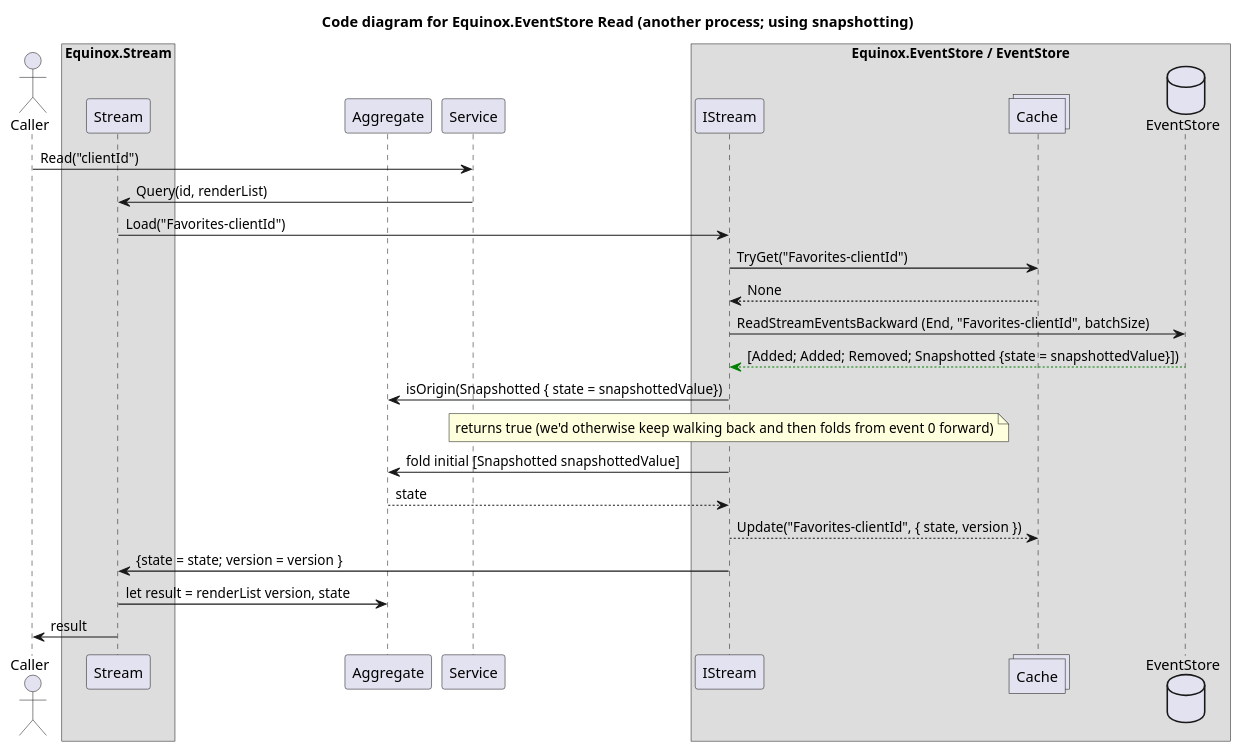
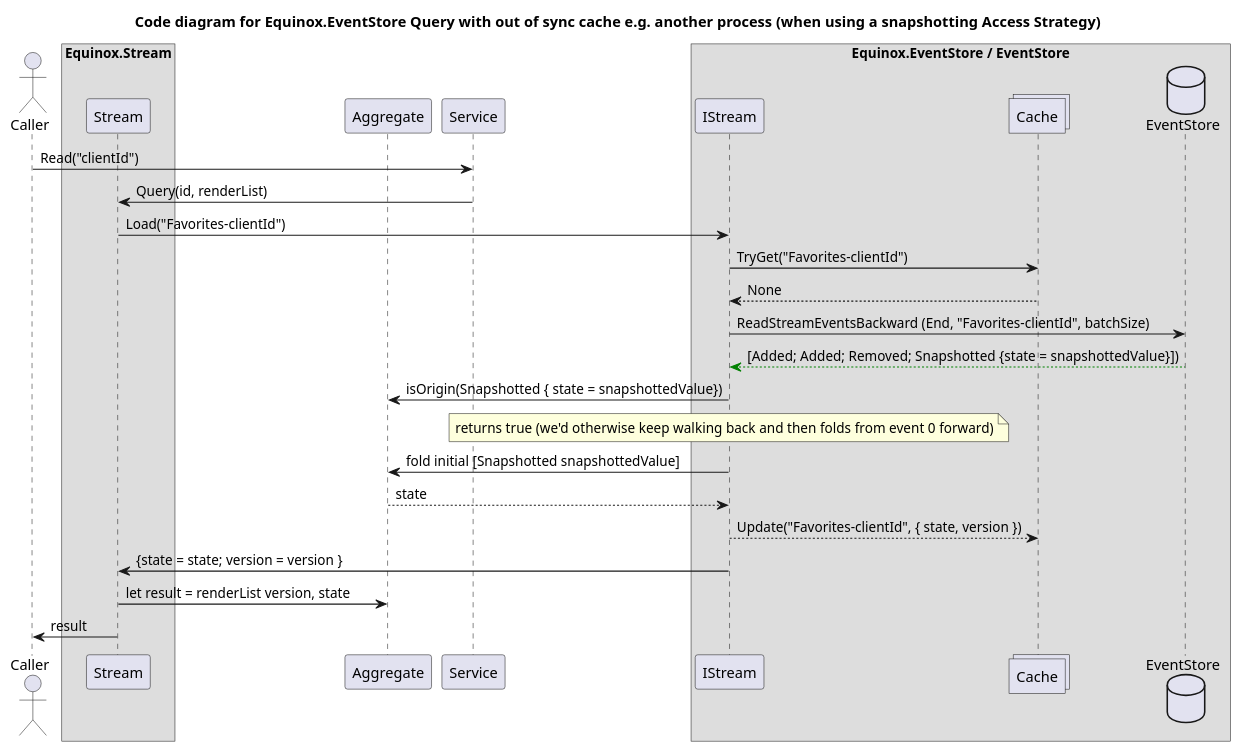
One commit to jet/equinox changed the fourth of 4 diagrams in diagrams/EventStoreCode.puml. Above: the diagram before and after it, drawn with PlantUML. The commit also changed other lines of this file and 2 other files, not shown here.

Commit message:
Fix code diagram titles

```diff
--- a/diagrams/EventStoreCode.puml
+++ b/diagrams/EventStoreCode.puml
@@ -130,34 +130,34 @@
 @startuml
-title Code diagram for Equinox.EventStore Read (another process; using snapshotting)
+title Code diagram for Equinox.EventStore Query with out of sync cache e.g. another process (when using a snapshotting Access Strategy)
 
 actor Caller order 20
 box "Equinox.Stream"
     participant Stream order 40
 end box
 participant Aggregate order 50
 participant Service order 60
 box "Equinox.EventStore / EventStore"
   participant IStream order 80
   collections Cache order 90
   database EventStore order 100
 end box
 
 actor Caller
 Caller -> Service: Read("clientId")
 participant Aggregate
 Service -> Stream: Query(id, renderList)
 Stream -> IStream: Load("Favorites-clientId")
 IStream -> Cache: TryGet("Favorites-clientId")
 Cache --> IStream: None
 IStream -> EventStore: ReadStreamEventsBackward (End, "Favorites-clientId", batchSize)
 EventStore -[#green]-> IStream: [Added; Added; Removed; Snapshotted {state = snapshottedValue}])
 IStream -> Aggregate: isOrigin(Snapshotted { state = snapshottedValue})
 note over IStream: returns true (we'd otherwise keep walking back and then folds from event 0 forward)
 IStream -> Aggregate: fold initial [Snapshotted snapshottedValue]
 Aggregate --> IStream: state
 IStream --> Cache: Update("Favorites-clientId", { state, version })
 IStream -> Stream: {state = state; version = version }
 Stream -> Aggregate: let result = renderList version, state
 Stream -> Caller: result
 
 @enduml
```
